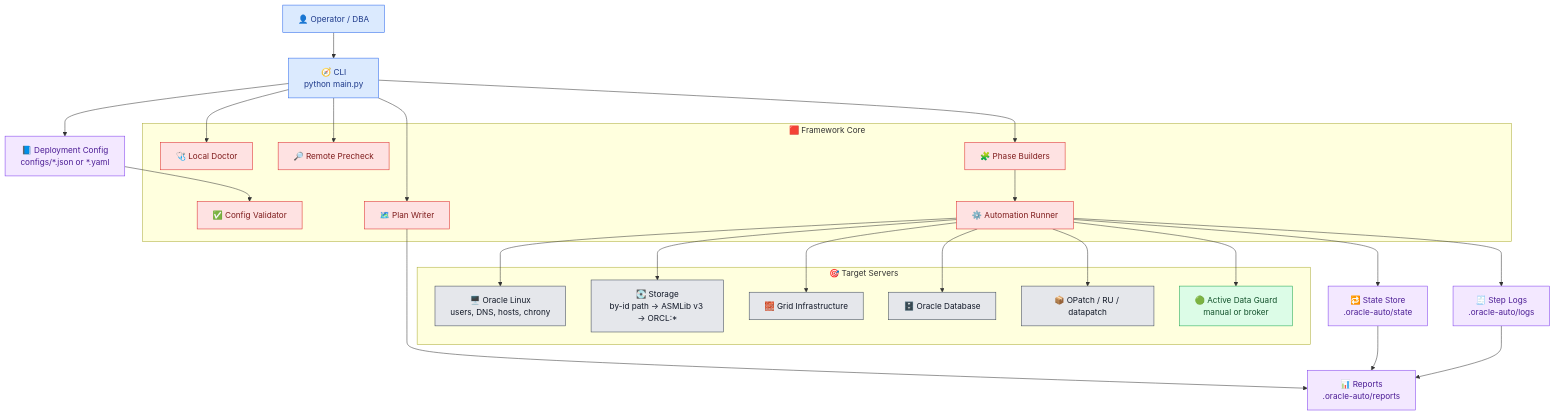
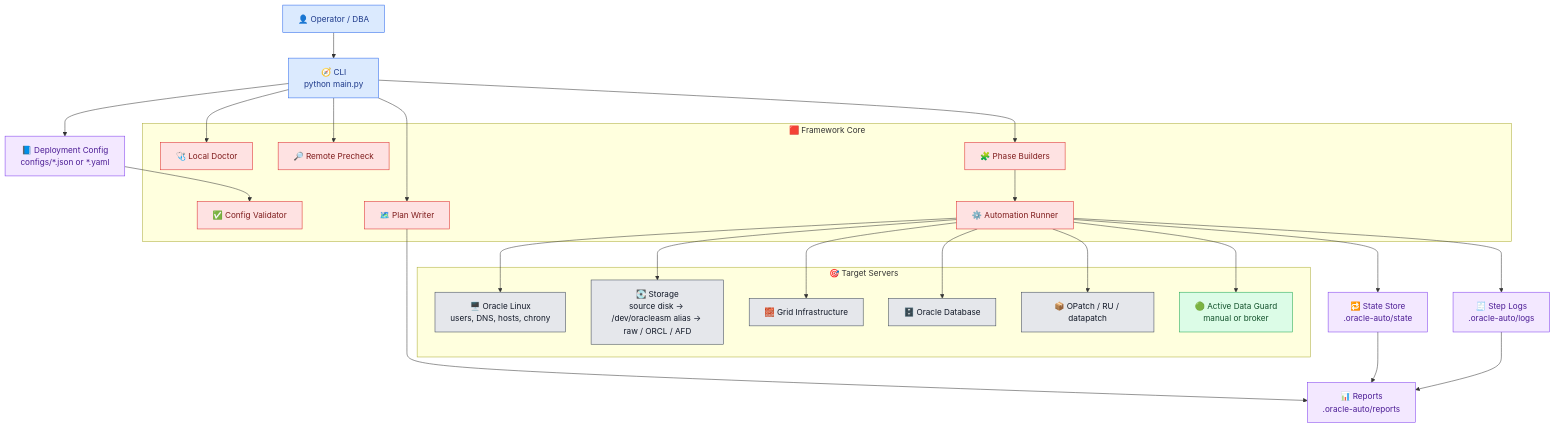
The first of 4 diagrams in docs/deployment_guide.md (bozpain/oracle-install-replication-framework), drawn with Mermaid before and after one commit. The commit also changed other lines of this file and 7 other files, not shown here.

````diff
--- a/docs/deployment_guide.md
+++ b/docs/deployment_guide.md
@@ -36,60 +36,60 @@
 ```mermaid
 flowchart TB
     user["👤 Operator / DBA"]
     config["📘 Deployment Config<br/>configs/*.json or *.yaml"]
     cli["🧭 CLI<br/>python main.py"]
     state["🔁 State Store<br/>.oracle-auto/state"]
     logs["🧾 Step Logs<br/>.oracle-auto/logs"]
     reports["📊 Reports<br/>.oracle-auto/reports"]
 
     subgraph core["🟥 Framework Core"]
         validator["✅ Config Validator"]
         doctor["🩺 Local Doctor"]
         precheck["🔎 Remote Precheck"]
         planner["🗺️ Plan Writer"]
         runner["⚙️ Automation Runner"]
         phases["🧩 Phase Builders"]
     end
 
     subgraph targets["🎯 Target Servers"]
         os["🖥️ Oracle Linux<br/>users, DNS, hosts, chrony"]
-        storage["💽 Storage<br/>by-id path → ASMLib v3 → ORCL:*"]
+        storage["💽 Storage<br/>source disk → /dev/oracleasm alias → raw / ORCL / AFD"]
         gi["🧱 Grid Infrastructure"]
         db["🗄️ Oracle Database"]
         patch["📦 OPatch / RU / datapatch"]
         dg["🟢 Active Data Guard<br/>manual or broker"]
     end
 
     user --> cli
     cli --> config
     config --> validator
     cli --> doctor
     cli --> precheck
     cli --> planner
     cli --> phases
     phases --> runner
     runner --> os
     runner --> storage
     runner --> gi
     runner --> db
     runner --> patch
     runner --> dg
     runner --> state
     runner --> logs
     planner --> reports
     state --> reports
     logs --> reports
 
     classDef red fill:#FEE2E2,stroke:#DC2626,color:#7F1D1D
     classDef blue fill:#DBEAFE,stroke:#2563EB,color:#1E3A8A
     classDef green fill:#DCFCE7,stroke:#16A34A,color:#14532D
     classDef amber fill:#FEF3C7,stroke:#D97706,color:#78350F
     classDef purple fill:#F3E8FF,stroke:#7C3AED,color:#4C1D95
     classDef gray fill:#E5E7EB,stroke:#374151,color:#111827
 
     class user,cli blue
     class config,state,logs,reports purple
     class validator,doctor,precheck,planner,runner,phases red
     class os,storage,gi,db,patch gray
     class dg green
 ```
````
